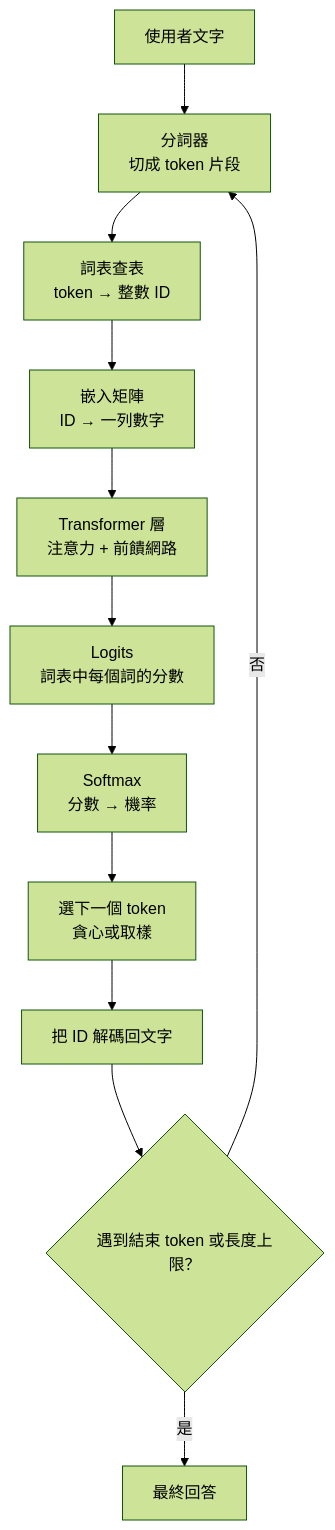
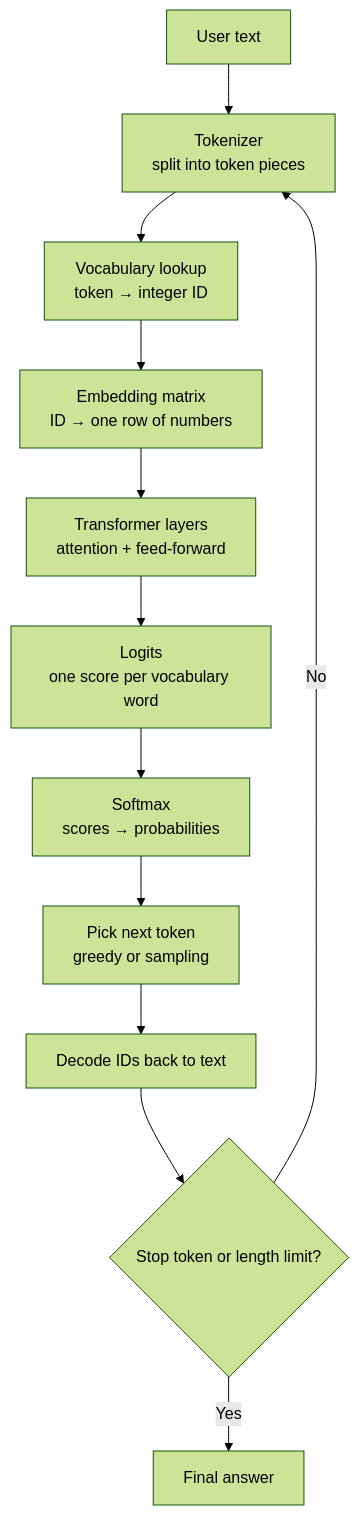
Before and after one commit to cw1997/fine-tuning-playground: the second of 13 diagrams in README.zh-Hant.md, drawn with Mermaid (forest theme). The commit also changed other lines of this file and 1 other file, not shown here.

````diff
--- a/README.zh-Hant.md
+++ b/README.zh-Hant.md
@@ -123,14 +124,14 @@
 ```mermaid
 flowchart TD
-    A["使用者文字"] --> B["分詞器<br/>切成 token 片段"]
-    B --> C["詞表查表<br/>token → 整數 ID"]
-    C --> D["嵌入矩陣<br/>ID → 一列數字"]
-    D --> E["Transformer 層<br/>注意力 + 前饋網路"]
-    E --> F["Logits<br/>詞表中每個詞的分數"]
-    F --> G["Softmax<br/>分數 → 機率"]
-    G --> H["選下一個 token<br/>貪心或取樣"]
-    H --> I["把 ID 解碼回文字"]
-    I --> J{"遇到結束 token 或長度上限？"}
-    J -- "否" --> B
-    J -- "是" --> K["最終回答"]
+    A["User text"] --> B["Tokenizer<br/>split into token pieces"]
+    B --> C["Vocabulary lookup<br/>token → integer ID"]
+    C --> D["Embedding matrix<br/>ID → one row of numbers"]
+    D --> E["Transformer layers<br/>attention + feed-forward"]
+    E --> F["Logits<br/>one score per vocabulary word"]
+    F --> G["Softmax<br/>scores → probabilities"]
+    G --> H["Pick next token<br/>greedy or sampling"]
+    H --> I["Decode IDs back to text"]
+    I --> J{"Stop token or length limit?"}
+    J -- "No" --> B
+    J -- "Yes" --> K["Final answer"]
 ```
````
